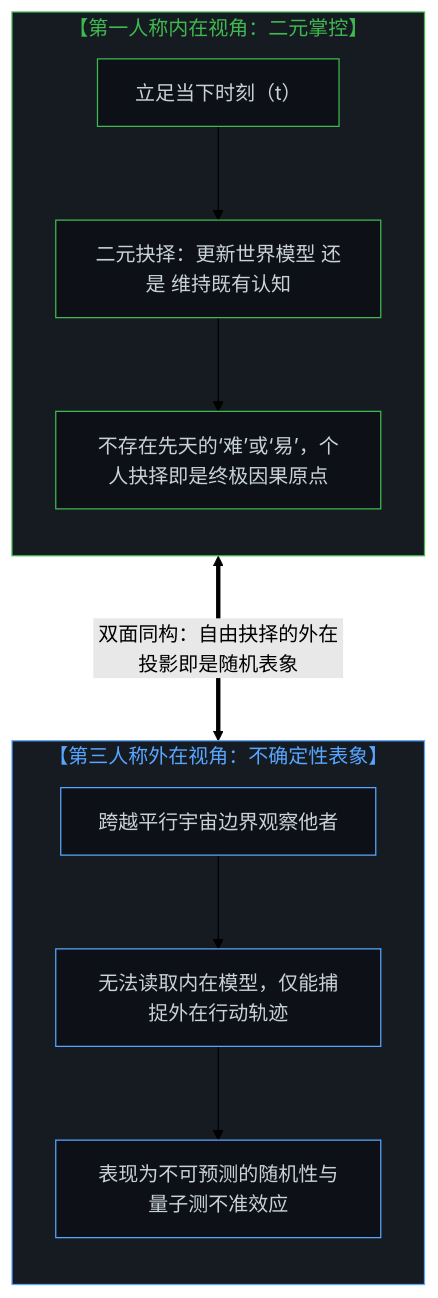
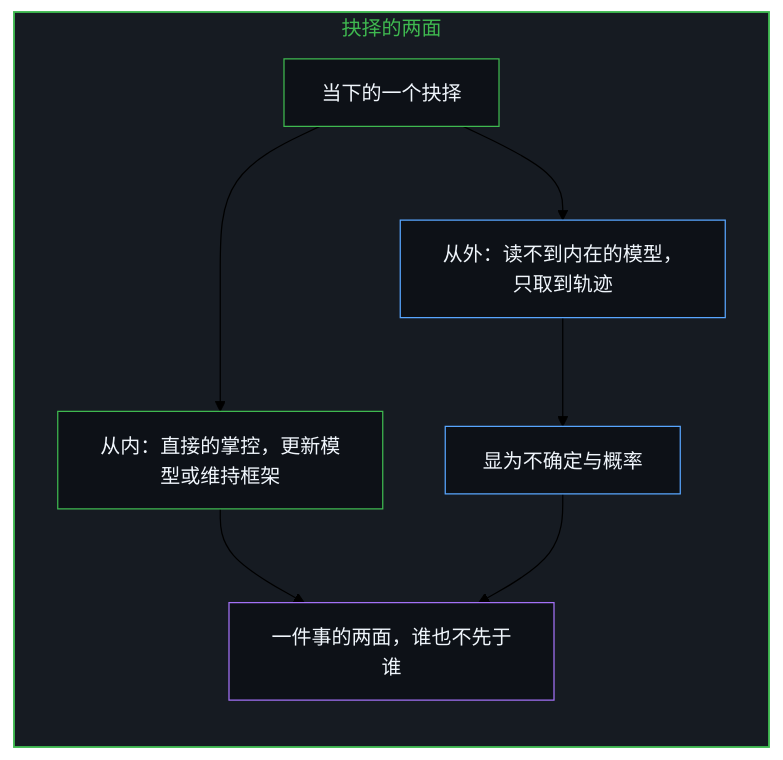
The first of 12 diagrams in content/posts/the-two-sided-nature-of-sovereign-choice-and-the-objectification-of-observation.md (powerpig99/not-a-toe), drawn with Mermaid (forest theme) before and after one commit. The commit also changed other lines of this file and 2 other files, not shown here.

Commit message:
Refine the-two-sided-nature-of-sovereign-choice: alternating bilingual layout, six paired diagrams, the outer face as signal and as definition, implicit first person

````diff
--- a/content/posts/the-two-sided-nature-of-sovereign-choice-and-the-objectification-of-observation.md
+++ b/content/posts/the-two-sided-nature-of-sovereign-choice-and-the-objectification-of-observation.md
@@ -17,29 +21,23 @@
 ```mermaid
-graph TD
-    subgraph S_Internal["【第一人称内在视角：二元掌控】"]
+flowchart TD
+    subgraph S_Faces["抉择的两面"]
         direction TB
-        I1["立足当下时刻（t）"]
-        I2["二元抉择：更新世界模型 还是 维持既有认知"]
-        I3["不存在先天的‘难’或‘易’，个人抉择即是终极因果原点"]
-        I1 --> I2 --> I3
+        Choice["当下的一个抉择"]
+        Inner["从内：直接的掌控，更新模型或维持框架"]
+        Outer["从外：读不到内在的模型，只取到轨迹"]
+        Indet["显为不确定与概率"]
+        Same["一件事的两面，谁也不先于谁"]
+        Choice --> Inner
+        Choice --> Outer
+        Outer --> Indet
+        Inner --> Same
+        Indet --> Same
     end
 
-    subgraph S_External["【第三人称外在视角：不确定性表象】"]
-        direction TB
-        E1["跨越平行宇宙边界观察他者"]
-        E2["无法读取内在模型，仅能捕捉外在行动轨迹"]
-        E3["表现为不可预测的随机性与量子测不准效应"]
-        E1 --> E2 --> E3
-    end
-
-    I2 <===>|"双面同构：自由抉择的外在投影即是随机表象"| E2
-
-    style S_Internal fill:#161b22,stroke:#3fb950,stroke-width:1px,color:#3fb950
-    style S_External fill:#161b22,stroke:#58a6ff,stroke-width:1px,color:#58a6ff
-    style I1 fill:#0d1117,stroke:#3fb950,stroke-width:1px,color:#c9d1d9
-    style I2 fill:#0d1117,stroke:#3fb950,stroke-width:1px,color:#c9d1d9
-    style I3 fill:#0d1117,stroke:#3fb950,stroke-width:1px,color:#c9d1d9
-    style E1 fill:#0d1117,stroke:#58a6ff,stroke-width:1px,color:#c9d1d9
-    style E2 fill:#0d1117,stroke:#58a6ff,stroke-width:1px,color:#c9d1d9
-    style E3 fill:#0d1117,stroke:#58a6ff,stroke-width:1px,color:#c9d1d9
+    style S_Faces fill:#161b22,stroke:#3fb950,stroke-width:1.5px,color:#3fb950
+    style Choice fill:#0d1117,stroke:#3fb950,stroke-width:1px,color:#f0f6fc
+    style Inner fill:#0d1117,stroke:#3fb950,stroke-width:1px,color:#f0f6fc
+    style Outer fill:#0d1117,stroke:#58a6ff,stroke-width:1px,color:#f0f6fc
+    style Indet fill:#0d1117,stroke:#58a6ff,stroke-width:1px,color:#f0f6fc
+    style Same fill:#0d1117,stroke:#a371f7,stroke-width:1px,color:#f0f6fc
 ```
````
